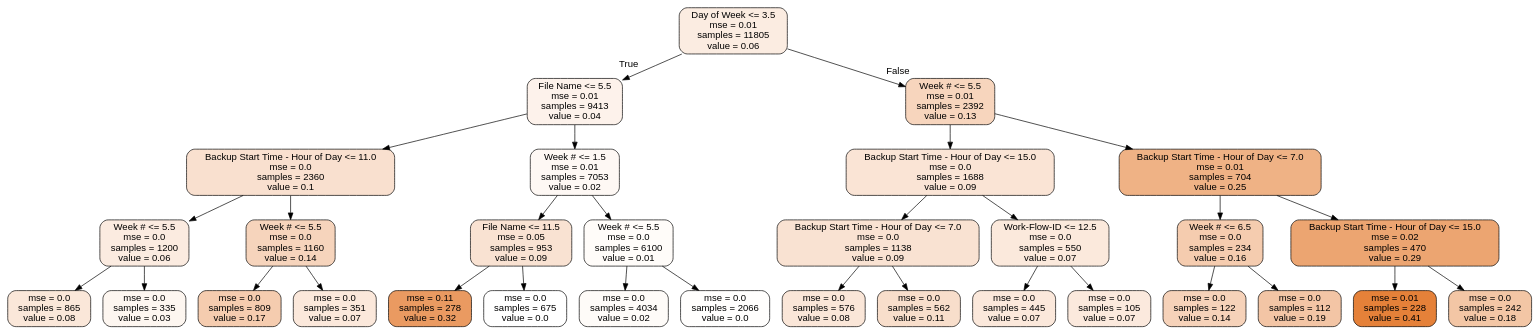
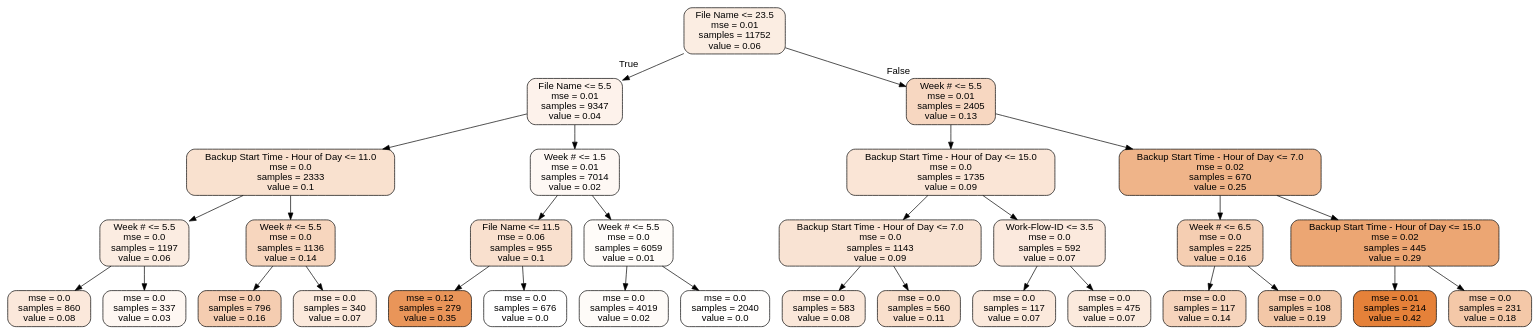
One commit to 219Winter2019adjz/Project4 changed the diagram in tree.dot. Above: the diagram before and after it, drawn with Graphviz. The commit also changed 22 other files, not shown here.

```diff
--- a/tree.dot
+++ b/tree.dot
@@ -1,65 +1,65 @@
 digraph Tree {
 node [shape=box, style="filled, rounded", color="black", fontname=helvetica] ;
 edge [fontname=helvetica] ;
-0 [label="Day of Week <= 3.5\nmse = 0.01\nsamples = 11805\nvalue = 0.06", fillcolor="#e5813926"] ;
-1 [label="File Name <= 5.5\nmse = 0.01\nsamples = 9413\nvalue = 0.04", fillcolor="#e581391a"] ;
+0 [label="File Name <= 23.5\nmse = 0.01\nsamples = 11752\nvalue = 0.06", fillcolor="#e5813925"] ;
+1 [label="File Name <= 5.5\nmse = 0.01\nsamples = 9347\nvalue = 0.04", fillcolor="#e581391a"] ;
 0 -> 1 [labeldistance=2.5, labelangle=45, headlabel="True"] ;
-2 [label="Backup Start Time - Hour of Day <= 11.0\nmse = 0.0\nsamples = 2360\nvalue = 0.1", fillcolor="#e581393e"] ;
+2 [label="Backup Start Time - Hour of Day <= 11.0\nmse = 0.0\nsamples = 2333\nvalue = 0.1", fillcolor="#e581393d"] ;
 1 -> 2 ;
-3 [label="Week # <= 5.5\nmse = 0.0\nsamples = 1200\nvalue = 0.06", fillcolor="#e5813928"] ;
+3 [label="Week # <= 5.5\nmse = 0.0\nsamples = 1197\nvalue = 0.06", fillcolor="#e5813926"] ;
 2 -> 3 ;
-4 [label="mse = 0.0\nsamples = 865\nvalue = 0.08", fillcolor="#e5813930"] ;
+4 [label="mse = 0.0\nsamples = 860\nvalue = 0.08", fillcolor="#e581392e"] ;
 3 -> 4 ;
-5 [label="mse = 0.0\nsamples = 335\nvalue = 0.03", fillcolor="#e5813913"] ;
+5 [label="mse = 0.0\nsamples = 337\nvalue = 0.03", fillcolor="#e5813911"] ;
 3 -> 5 ;
-6 [label="Week # <= 5.5\nmse = 0.0\nsamples = 1160\nvalue = 0.14", fillcolor="#e5813956"] ;
+6 [label="Week # <= 5.5\nmse = 0.0\nsamples = 1136\nvalue = 0.14", fillcolor="#e5813953"] ;
 2 -> 6 ;
-7 [label="mse = 0.0\nsamples = 809\nvalue = 0.17", fillcolor="#e5813967"] ;
+7 [label="mse = 0.0\nsamples = 796\nvalue = 0.16", fillcolor="#e5813964"] ;
 6 -> 7 ;
-8 [label="mse = 0.0\nsamples = 351\nvalue = 0.07", fillcolor="#e581392e"] ;
+8 [label="mse = 0.0\nsamples = 340\nvalue = 0.07", fillcolor="#e581392d"] ;
 6 -> 8 ;
-9 [label="Week # <= 1.5\nmse = 0.01\nsamples = 7053\nvalue = 0.02", fillcolor="#e581390e"] ;
+9 [label="Week # <= 1.5\nmse = 0.01\nsamples = 7014\nvalue = 0.02", fillcolor="#e581390e"] ;
 1 -> 9 ;
-10 [label="File Name <= 11.5\nmse = 0.05\nsamples = 953\nvalue = 0.09", fillcolor="#e581393a"] ;
+10 [label="File Name <= 11.5\nmse = 0.06\nsamples = 955\nvalue = 0.1", fillcolor="#e581393f"] ;
 9 -> 10 ;
-11 [label="mse = 0.11\nsamples = 278\nvalue = 0.32", fillcolor="#e58139cb"] ;
+11 [label="mse = 0.12\nsamples = 279\nvalue = 0.35", fillcolor="#e58139d5"] ;
 10 -> 11 ;
-12 [label="mse = 0.0\nsamples = 675\nvalue = 0.0", fillcolor="#e5813900"] ;
+12 [label="mse = 0.0\nsamples = 676\nvalue = 0.0", fillcolor="#e5813900"] ;
 10 -> 12 ;
-13 [label="Week # <= 5.5\nmse = 0.0\nsamples = 6100\nvalue = 0.01", fillcolor="#e5813907"] ;
+13 [label="Week # <= 5.5\nmse = 0.0\nsamples = 6059\nvalue = 0.01", fillcolor="#e5813907"] ;
 9 -> 13 ;
-14 [label="mse = 0.0\nsamples = 4034\nvalue = 0.02", fillcolor="#e5813909"] ;
+14 [label="mse = 0.0\nsamples = 4019\nvalue = 0.02", fillcolor="#e5813909"] ;
 13 -> 14 ;
-15 [label="mse = 0.0\nsamples = 2066\nvalue = 0.0", fillcolor="#e5813902"] ;
+15 [label="mse = 0.0\nsamples = 2040\nvalue = 0.0", fillcolor="#e5813902"] ;
 13 -> 15 ;
-16 [label="Week # <= 5.5\nmse = 0.01\nsamples = 2392\nvalue = 0.13", fillcolor="#e5813954"] ;
+16 [label="Week # <= 5.5\nmse = 0.01\nsamples = 2405\nvalue = 0.13", fillcolor="#e5813950"] ;
 0 -> 16 [labeldistance=2.5, labelangle=-45, headlabel="False"] ;
-17 [label="Backup Start Time - Hour of Day <= 15.0\nmse = 0.0\nsamples = 1688\nvalue = 0.09", fillcolor="#e5813936"] ;
+17 [label="Backup Start Time - Hour of Day <= 15.0\nmse = 0.0\nsamples = 1735\nvalue = 0.09", fillcolor="#e5813934"] ;
 16 -> 17 ;
-18 [label="Backup Start Time - Hour of Day <= 7.0\nmse = 0.0\nsamples = 1138\nvalue = 0.09", fillcolor="#e581393a"] ;
+18 [label="Backup Start Time - Hour of Day <= 7.0\nmse = 0.0\nsamples = 1143\nvalue = 0.09", fillcolor="#e5813938"] ;
 17 -> 18 ;
-19 [label="mse = 0.0\nsamples = 576\nvalue = 0.08", fillcolor="#e5813932"] ;
+19 [label="mse = 0.0\nsamples = 583\nvalue = 0.08", fillcolor="#e5813930"] ;
 18 -> 19 ;
-20 [label="mse = 0.0\nsamples = 562\nvalue = 0.11", fillcolor="#e5813942"] ;
+20 [label="mse = 0.0\nsamples = 560\nvalue = 0.11", fillcolor="#e5813941"] ;
 18 -> 20 ;
-21 [label="Work-Flow-ID <= 12.5\nmse = 0.0\nsamples = 550\nvalue = 0.07", fillcolor="#e581392d"] ;
+21 [label="Work-Flow-ID <= 3.5\nmse = 0.0\nsamples = 592\nvalue = 0.07", fillcolor="#e581392c"] ;
 17 -> 21 ;
-22 [label="mse = 0.0\nsamples = 445\nvalue = 0.07", fillcolor="#e581392e"] ;
+22 [label="mse = 0.0\nsamples = 117\nvalue = 0.07", fillcolor="#e581392d"] ;
 21 -> 22 ;
-23 [label="mse = 0.0\nsamples = 105\nvalue = 0.07", fillcolor="#e581392c"] ;
+23 [label="mse = 0.0\nsamples = 475\nvalue = 0.07", fillcolor="#e581392b"] ;
 21 -> 23 ;
-24 [label="Backup Start Time - Hour of Day <= 7.0\nmse = 0.01\nsamples = 704\nvalue = 0.25", fillcolor="#e581399c"] ;
+24 [label="Backup Start Time - Hour of Day <= 7.0\nmse = 0.02\nsamples = 670\nvalue = 0.25", fillcolor="#e5813998"] ;
 16 -> 24 ;
-25 [label="Week # <= 6.5\nmse = 0.0\nsamples = 234\nvalue = 0.16", fillcolor="#e5813967"] ;
+25 [label="Week # <= 6.5\nmse = 0.0\nsamples = 225\nvalue = 0.16", fillcolor="#e5813963"] ;
 24 -> 25 ;
-26 [label="mse = 0.0\nsamples = 122\nvalue = 0.14", fillcolor="#e581395a"] ;
+26 [label="mse = 0.0\nsamples = 117\nvalue = 0.14", fillcolor="#e5813956"] ;
 25 -> 26 ;
-27 [label="mse = 0.0\nsamples = 112\nvalue = 0.19", fillcolor="#e5813974"] ;
+27 [label="mse = 0.0\nsamples = 108\nvalue = 0.19", fillcolor="#e5813971"] ;
 25 -> 27 ;
-28 [label="Backup Start Time - Hour of Day <= 15.0\nmse = 0.02\nsamples = 470\nvalue = 0.29", fillcolor="#e58139b6"] ;
+28 [label="Backup Start Time - Hour of Day <= 15.0\nmse = 0.02\nsamples = 445\nvalue = 0.29", fillcolor="#e58139b4"] ;
 24 -> 28 ;
-29 [label="mse = 0.01\nsamples = 228\nvalue = 0.41", fillcolor="#e58139ff"] ;
+29 [label="mse = 0.01\nsamples = 214\nvalue = 0.42", fillcolor="#e58139ff"] ;
 28 -> 29 ;
-30 [label="mse = 0.0\nsamples = 242\nvalue = 0.18", fillcolor="#e5813973"] ;
+30 [label="mse = 0.0\nsamples = 231\nvalue = 0.18", fillcolor="#e581396f"] ;
 28 -> 30 ;
 }
```
